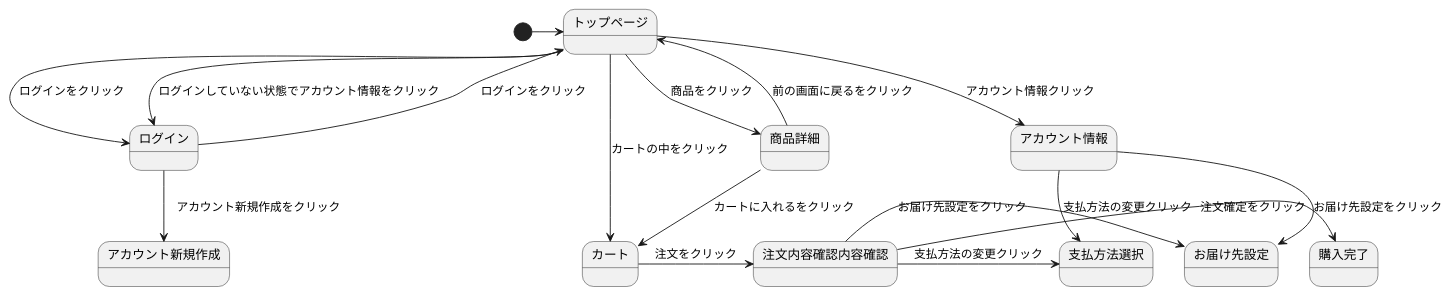
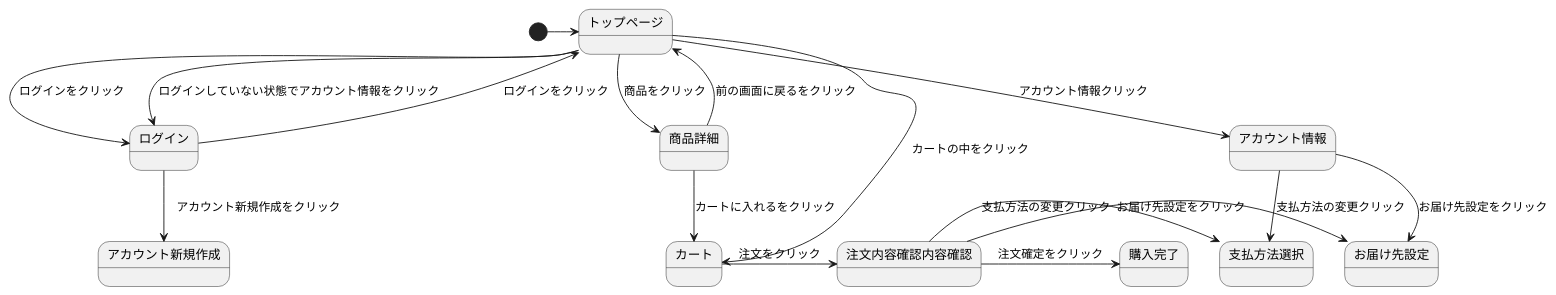
The diagram in sumple_01.md (Aso2001133/2021sys-design), drawn with PlantUML before and after one commit.

````diff
--- a/sumple_01.md
+++ b/sumple_01.md
@@ -1,35 +1,35 @@
 ```uml
 @startuml
 [*] -> トップページ 
 
-トップページ -> アカウント情報 : アカウント情報クリック 
+トップページ --> アカウント情報 : アカウント情報クリック 
 
 トップページ --> ログイン : ログインをクリック
 
 トップページ --> ログイン : ログインしていない状態でアカウント情報をクリック
 
 トップページ -> 商品詳細 : 商品をクリック 
 
 トップページ -> カート : カートの中をクリック 
 
 ログイン -> トップページ : ログインをクリック
 
 ログイン --> アカウント新規作成 :　アカウント新規作成をクリック
 
 アカウント情報 --> お届け先設定 : お届け先設定をクリック 
 
 アカウント情報 --> 支払方法選択 : 支払方法の変更クリック
 
 商品詳細 --> カート : カートに入れるをクリック 
 
 商品詳細 --> トップページ : 前の画面に戻るをクリック 
 
 カート -> 注文内容確認内容確認 : 注文をクリック 
 
 注文内容確認内容確認 -> お届け先設定 : お届け先設定をクリック 
 
 注文内容確認内容確認 -> 支払方法選択 : 支払方法の変更クリック
 
 注文内容確認内容確認 -> 購入完了 : 注文確定をクリック 
 @enduml
 ```
````
